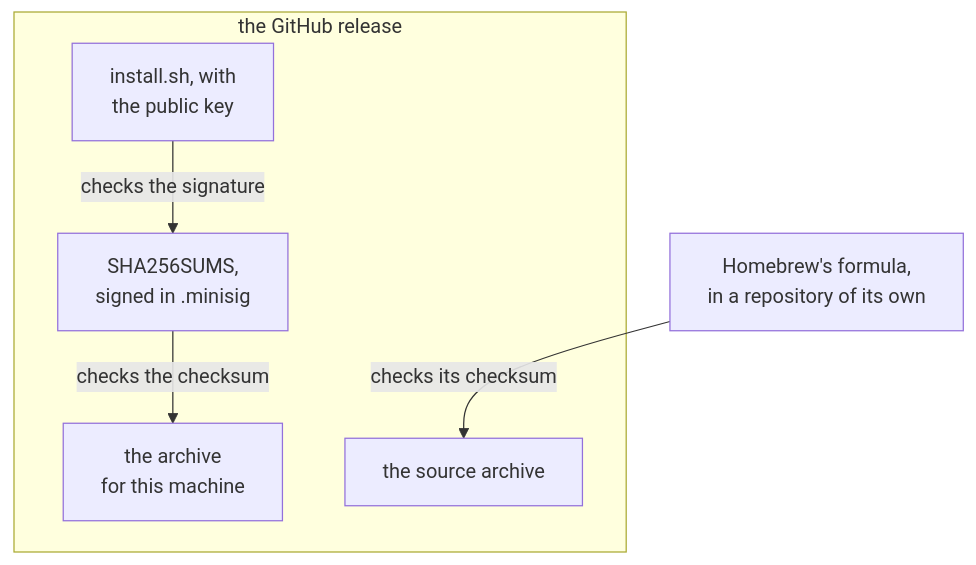
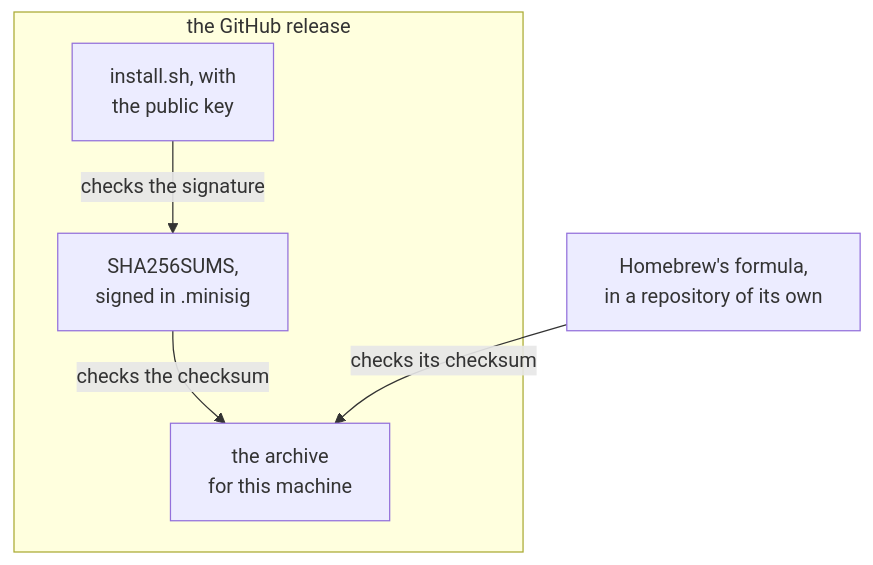
The diagram in docs/content/docs/internals/install.md (DustyPolk/devvm), drawn with Mermaid before and after one commit. The commit also changed other lines of this file and 5 other files, not shown here.

First line of the commit message:
build(release): the Homebrew formula installs the release's signed binary

````diff
--- a/docs/content/docs/internals/install.md
+++ b/docs/content/docs/internals/install.md
@@ -25,9 +25,8 @@
 ```mermaid
 flowchart TD
   subgraph release["the GitHub release"]
     script["install.sh, with<br>the public key"] -- "checks the signature" --> sums["SHA256SUMS,<br>signed in .minisig"]
     sums -- "checks the checksum" --> archive["the archive<br>for this machine"]
-    source["the source archive"]
   end
-  formula["Homebrew's formula,<br>in a repository of its own"] -- "checks its checksum" --> source
+  formula["Homebrew's formula,<br>in a repository of its own"] -- "checks its checksum" --> archive
 ```
````
